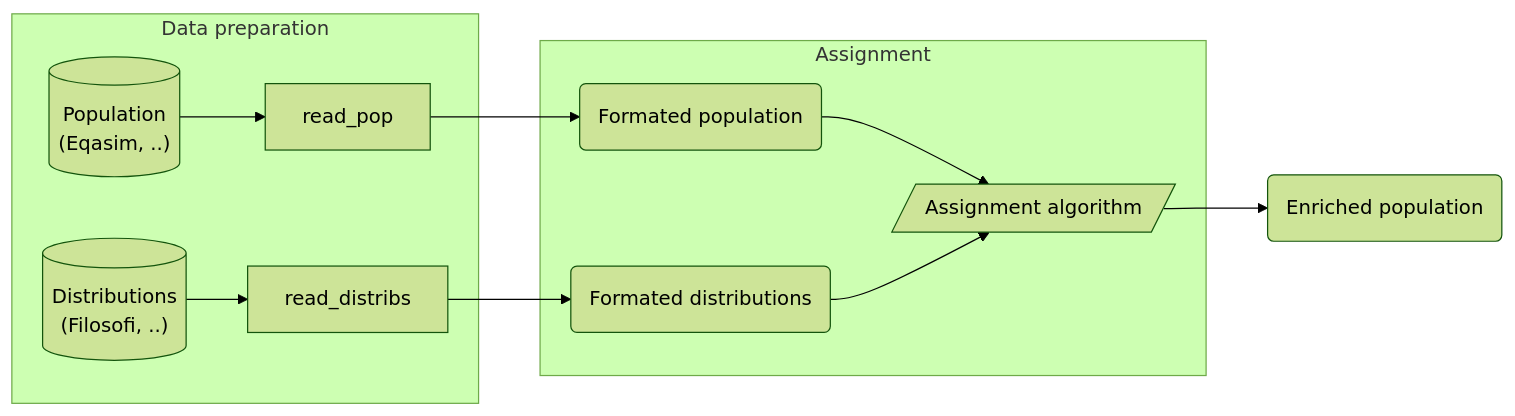
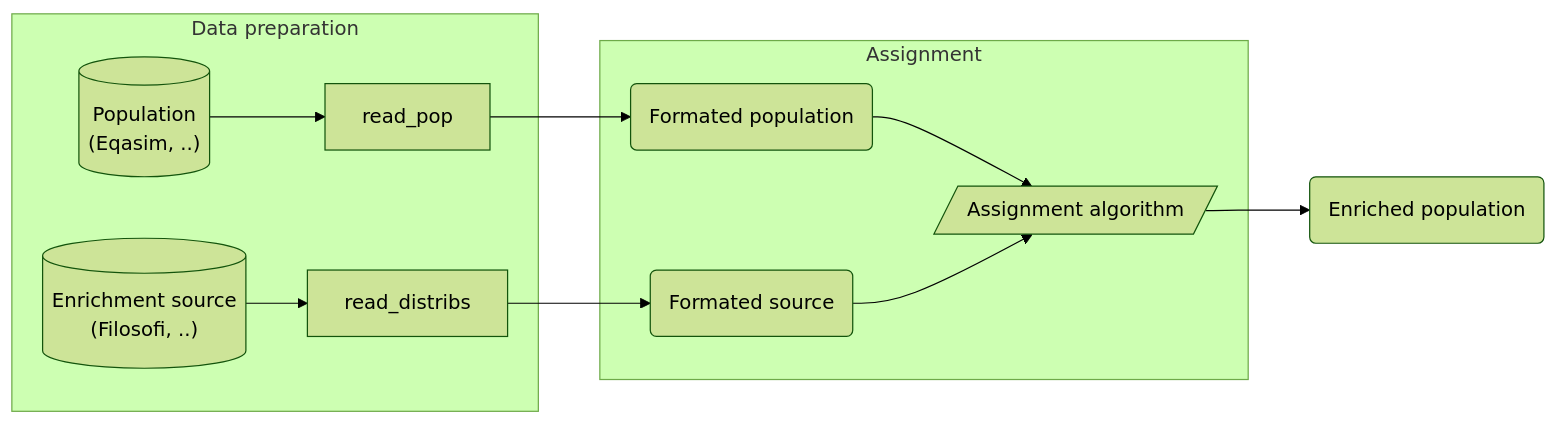
One commit to tellae/bhepop2 changed the diagram in README.md. Above: the diagram before and after it, drawn with Mermaid (forest theme). The commit also changed other lines of this file and 42 other files, not shown here.

````diff
--- a/README.md
+++ b/README.md
@@ -9,15 +9,15 @@
 ```mermaid
 flowchart LR
   subgraph data_prep [Data preparation]
     pop[("Population \n (Eqasim, ..)")] --> read_pop
-    distribs[("Distributions \n (Filosofi, ..)")] --> read_distribs
+    distribs[("Enrichment source \n (Filosofi, ..)")] --> read_distribs
   end
   subgraph Assignment
     formated_pop(Formated population)
-    formated_distribs(Formated distributions)
+    formated_distribs(Formated source)
     formated_pop & formated_distribs --> assignment[/Assignment algorithm/]
   end
   read_pop --> formated_pop
   read_distribs --> formated_distribs
   assignment --> enriched_pop(Enriched population)
 ```
````
